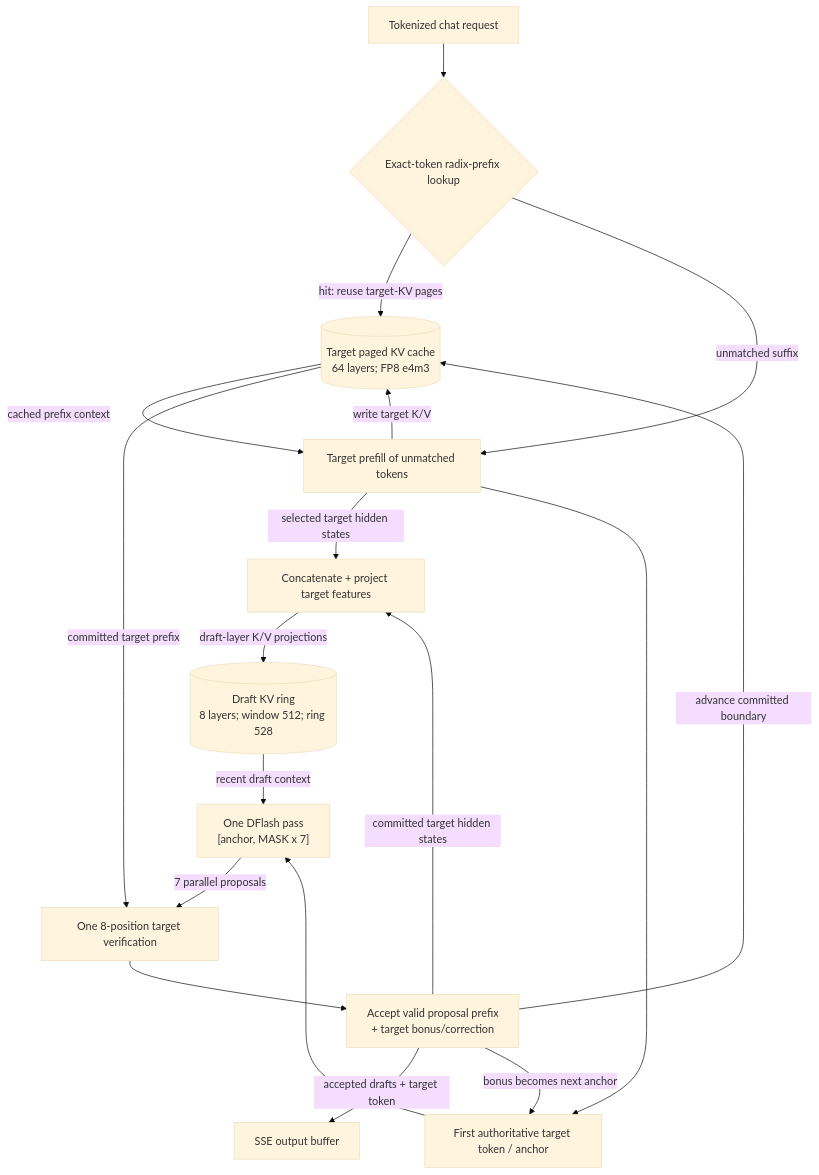
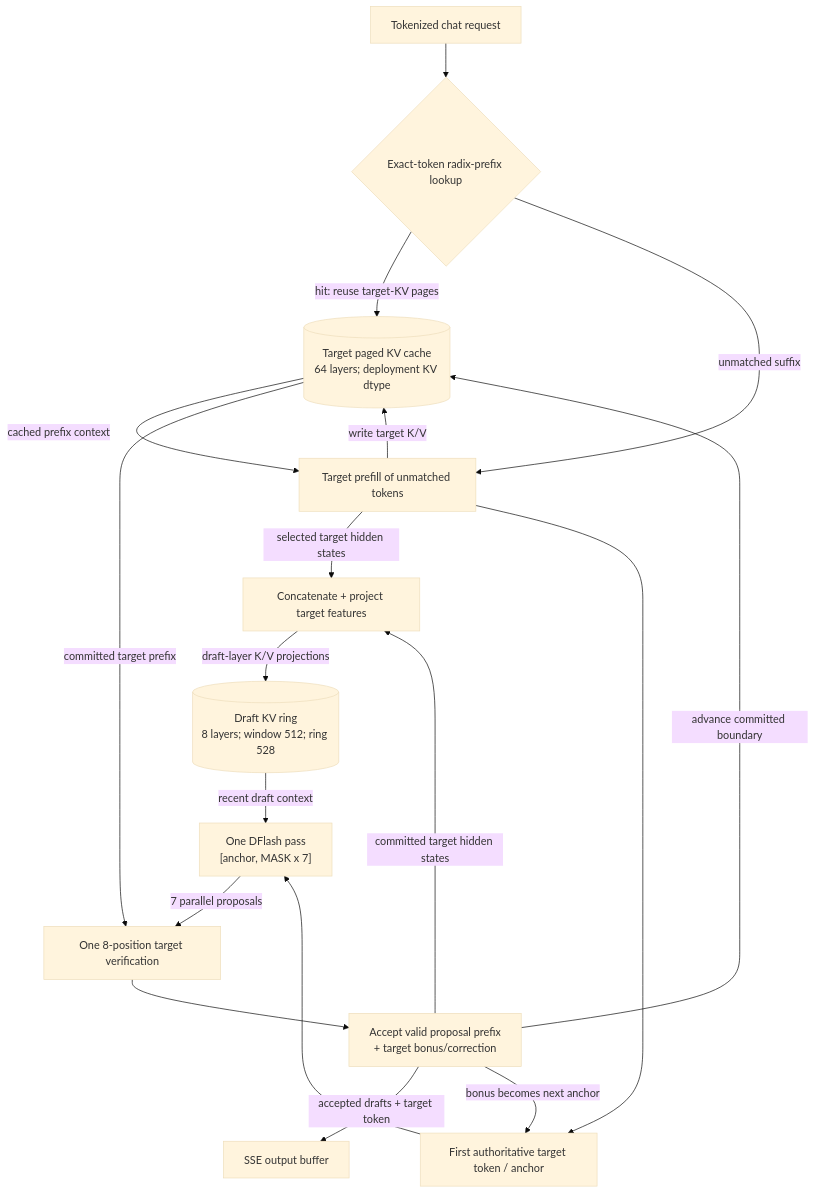
Before and after one commit to bogoconic1/aimo-proof-pilot-inference: the second of 3 diagrams in dflash-kv-cache-architecture.md, drawn with Mermaid (base theme). The commit also changed other lines of this file and 12 other files, not shown here.

````diff
--- a/dflash-kv-cache-architecture.md
+++ b/dflash-kv-cache-architecture.md
@@ -59,23 +60,23 @@
 ```mermaid
 flowchart TB
     REQ["Tokenized chat request"] --> RADIX{"Exact-token radix-prefix lookup"}
-    RADIX -->|"hit: reuse target-KV pages"| TKV[("Target paged KV cache<br/>64 layers; FP8 e4m3")]
+    RADIX -->|"hit: reuse target-KV pages"| TKV[("Target paged KV cache<br/>64 layers; deployment KV dtype")]
     RADIX -->|"unmatched suffix"| PREFILL["Target prefill of unmatched tokens"]
     TKV -->|"cached prefix context"| PREFILL
 
     PREFILL -->|"write target K/V"| TKV
     PREFILL -->|"selected target hidden states"| FUSE["Concatenate + project target features"]
     FUSE -->|"draft-layer K/V projections"| DKV[("Draft KV ring<br/>8 layers; window 512; ring 528")]
     PREFILL --> ANCHOR["First authoritative target token / anchor"]
 
     ANCHOR --> DRAFT["One DFlash pass<br/>[anchor, MASK x 7]"]
     DKV -->|"recent draft context"| DRAFT
     DRAFT -->|"7 parallel proposals"| VERIFY["One 8-position target verification"]
     TKV -->|"committed target prefix"| VERIFY
 
     VERIFY --> DECIDE["Accept valid proposal prefix<br/>+ target bonus/correction"]
     DECIDE -->|"advance committed boundary"| TKV
     DECIDE -->|"committed target hidden states"| FUSE
     DECIDE -->|"accepted drafts + target token"| STREAM["SSE output buffer"]
     DECIDE -->|"bonus becomes next anchor"| ANCHOR
 ```
````
